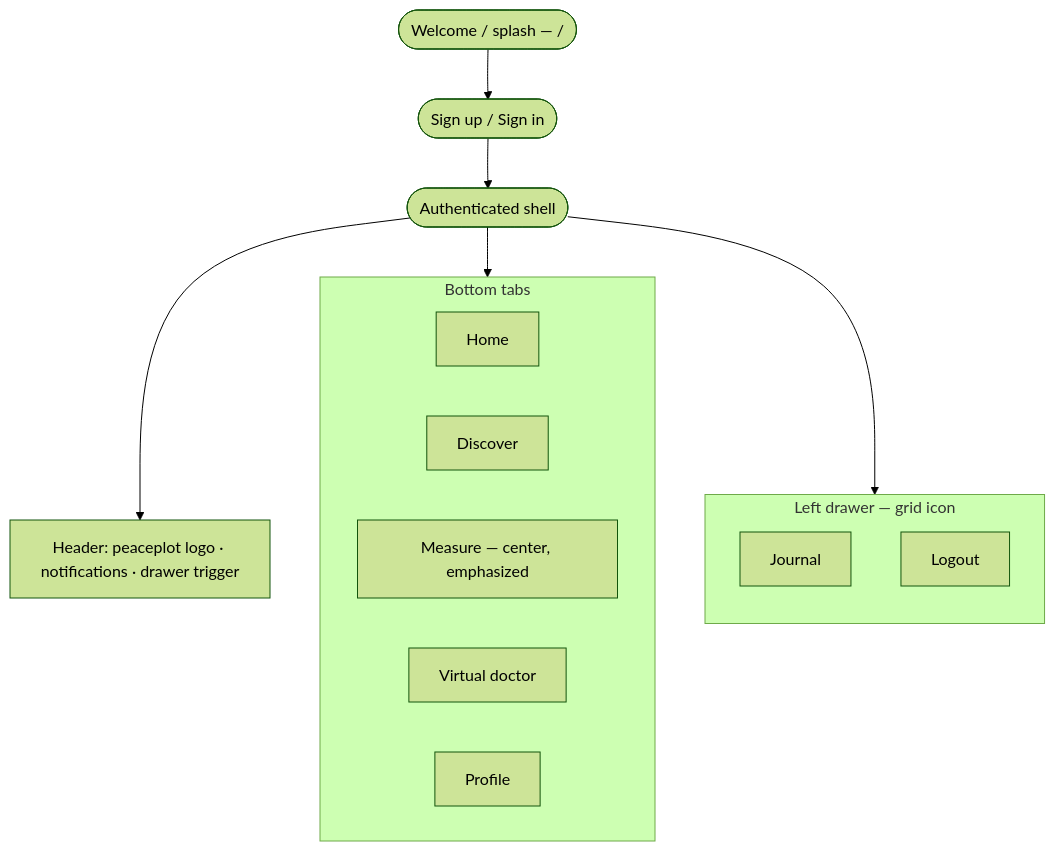
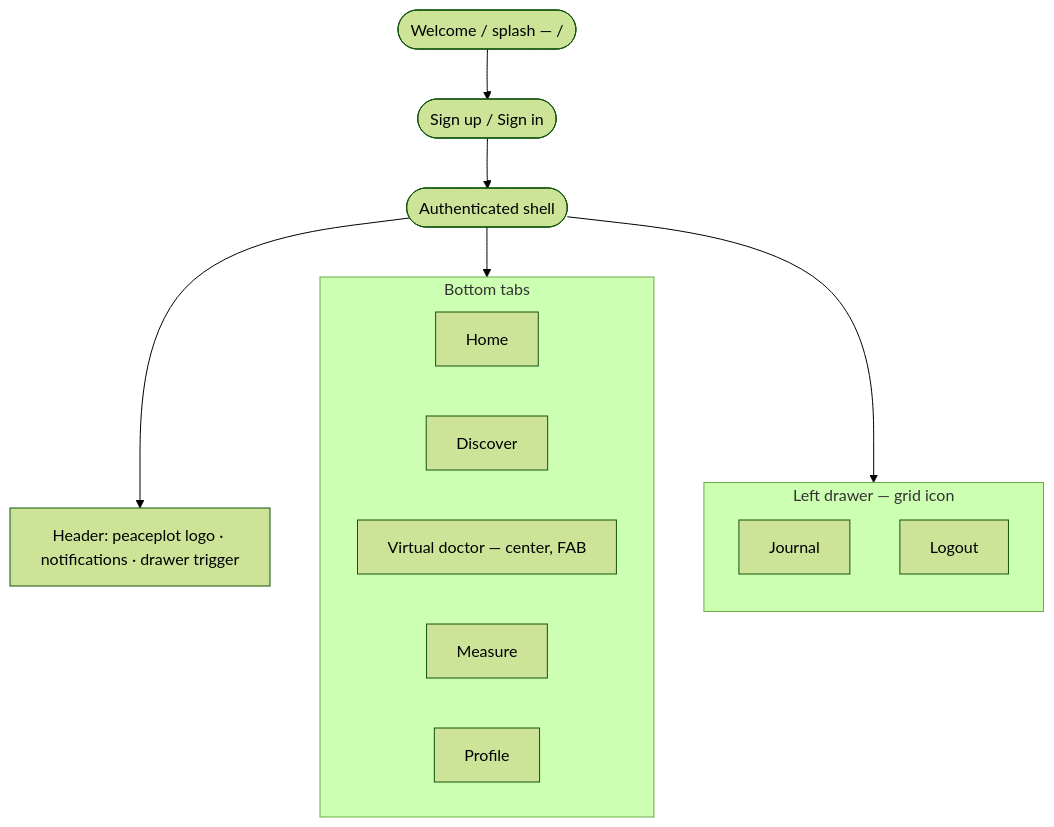
One commit to venu-1o15o411-wola/PeacePlot changed the first of 2 diagrams in plan/plan.md. Above: the diagram before and after it, drawn with Mermaid (forest theme). The commit also changed other lines of this file and 32 other files, not shown here.

````diff
--- a/plan/plan.md
+++ b/plan/plan.md
@@ -117,24 +118,24 @@
 ```mermaid
 flowchart TB
   Welcome([Welcome / splash — /]) --> Auth([Sign up / Sign in])
   Auth --> Shell([Authenticated shell])
 
   Shell --> Header[Header: peaceplot logo · notifications · drawer trigger]
   Shell --> Tabs
   Shell --> Drawer
 
   subgraph Tabs["Bottom tabs"]
     direction LR
     H[Home]
     D[Discover]
-    M["Measure — center, emphasized"]
-    VD[Virtual doctor]
+    VD["Virtual doctor — center, FAB"]
+    M[Measure]
     P[Profile]
   end
 
   subgraph Drawer["Left drawer — grid icon"]
     direction TB
     J[Journal]
     L[Logout]
   end
 ```
````
